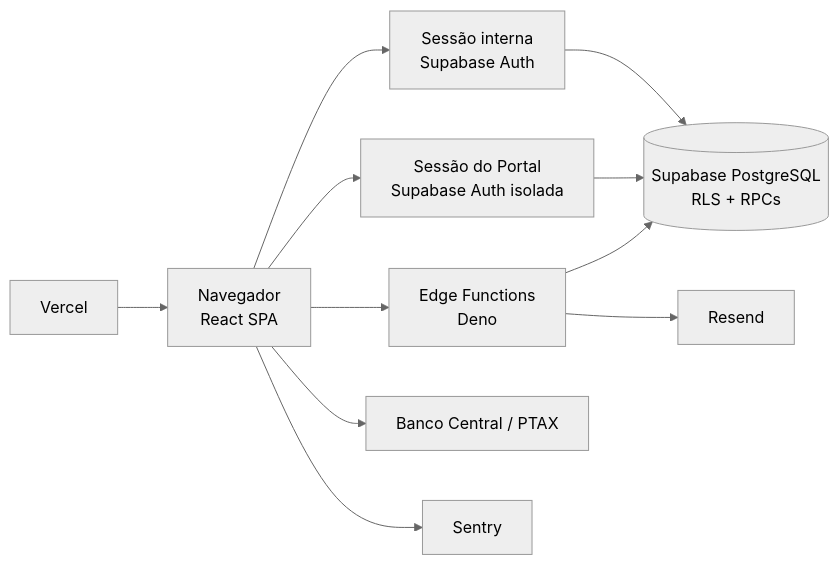
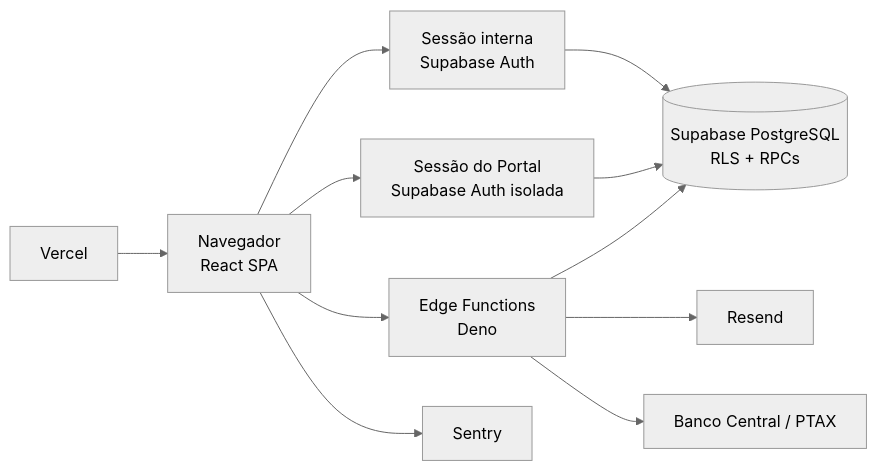
One commit to luccafwlog/transhippingdesk changed the first of 2 diagrams in docs/ARCHITECTURE.md. Above: the diagram before and after it, drawn with Mermaid (neutral theme). The commit also changed other lines of this file and 47 other files, not shown here.

````diff
--- a/docs/ARCHITECTURE.md
+++ b/docs/ARCHITECTURE.md
@@ -11,23 +11,23 @@
 ```mermaid
 flowchart LR
     Browser["Navegador<br/>React SPA"]
     Internal["Sessão interna<br/>Supabase Auth"]
     Portal["Sessão do Portal<br/>Supabase Auth isolada"]
     Database[("Supabase PostgreSQL<br/>RLS + RPCs")]
     Functions["Edge Functions<br/>Deno"]
     Resend["Resend"]
     BCB["Banco Central / PTAX"]
     Sentry["Sentry"]
     Vercel["Vercel"]
 
     Browser --> Internal
     Browser --> Portal
     Internal --> Database
     Portal --> Database
     Browser --> Functions
     Functions --> Database
     Functions --> Resend
-    Browser --> BCB
+    Functions --> BCB
     Browser --> Sentry
     Vercel --> Browser
 ```
````
